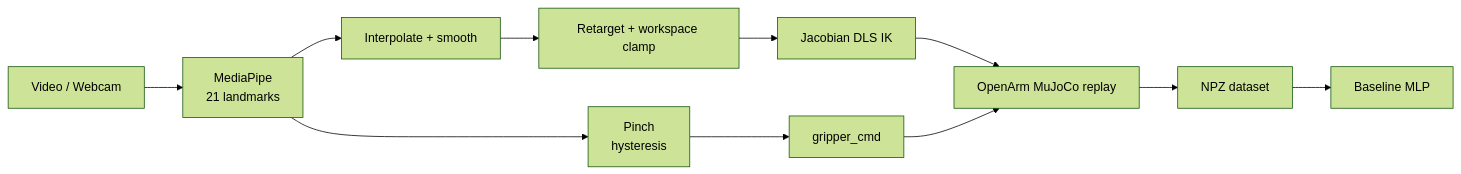
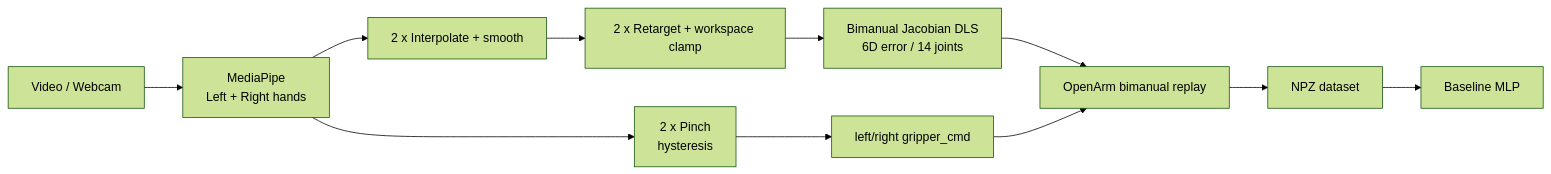
Before and after one commit to hieunguyen481/video-to-openarm: the diagram in README.md, drawn with Mermaid (forest theme). The commit also changed other lines of this file and 8 other files, not shown here.

````diff
--- a/README.md
+++ b/README.md
@@ -19,13 +19,13 @@
 ```mermaid
 flowchart LR
-    A[Video / Webcam] --> B[MediaPipe<br/>21 landmarks]
-    B --> C[Pinch<br/>hysteresis]
-    B --> D[Interpolate + smooth]
-    C --> E[gripper_cmd]
-    D --> F[Retarget + workspace clamp]
-    F --> G[Jacobian DLS IK]
-    G --> H[OpenArm MuJoCo replay]
+    A[Video / Webcam] --> B[MediaPipe<br/>Left + Right hands]
+    B --> C[2 x Pinch<br/>hysteresis]
+    B --> D[2 x Interpolate + smooth]
+    C --> E[left/right gripper_cmd]
+    D --> F[2 x Retarget + workspace clamp]
+    F --> G[Bimanual Jacobian DLS<br/>6D error / 14 joints]
+    G --> H[OpenArm bimanual replay]
     E --> H
     H --> I[NPZ dataset]
     I --> J[Baseline MLP]
 ```
````
